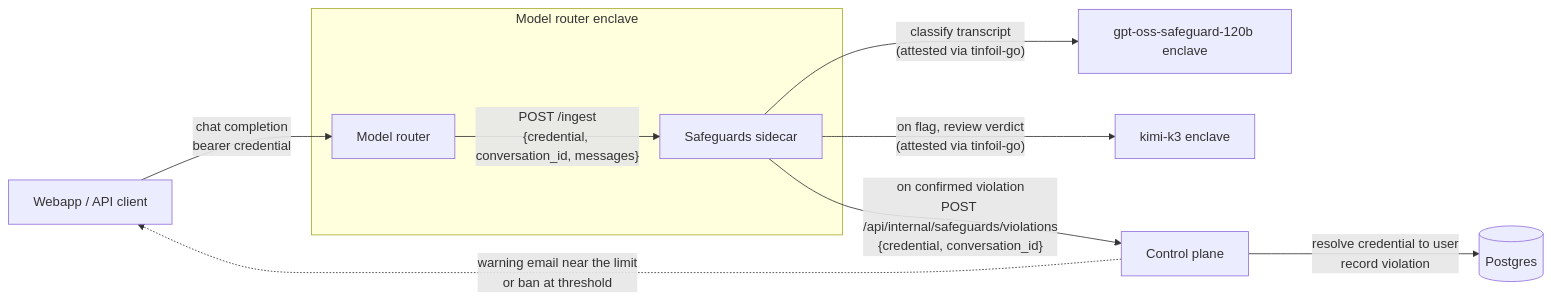
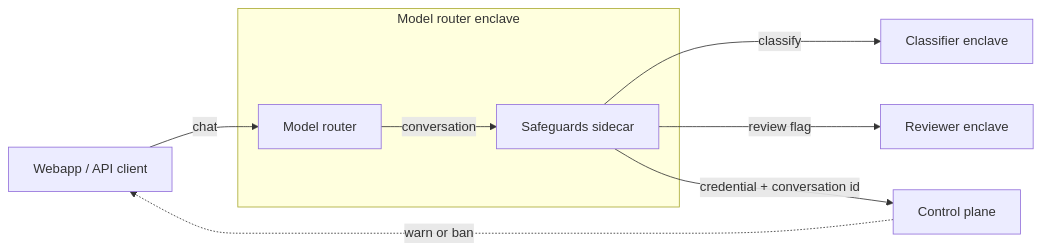
One commit to tinfoilsh/confidential-safeguards changed the diagram in README.md. Above: the diagram before and after it, drawn with Mermaid. The commit also changed other lines of this file, not shown here.

````diff
--- a/README.md
+++ b/README.md
@@ -14,22 +14,20 @@
 ```mermaid
 flowchart LR
     Webapp["Webapp / API client"]
 
     subgraph RouterEnclave["Model router enclave"]
         Router["Model router"]
         Sidecar["Safeguards sidecar"]
     end
 
-    Guard["gpt-oss-safeguard-120b enclave"]
-    Reviewer["kimi-k3 enclave"]
+    Guard["Classifier enclave"]
+    Reviewer["Reviewer enclave"]
     ControlPlane["Control plane"]
-    DB[("Postgres")]
 
-    Webapp -->|"chat completion<br/>bearer credential"| Router
-    Router -->|"POST /ingest<br/>{credential, conversation_id, messages}"| Sidecar
-    Sidecar -->|"classify transcript<br/>(attested via tinfoil-go)"| Guard
-    Sidecar -->|"on flag, review verdict<br/>(attested via tinfoil-go)"| Reviewer
-    Sidecar -->|"on confirmed violation<br/>POST /api/internal/safeguards/violations<br/>{credential, conversation_id}"| ControlPlane
-    ControlPlane -->|"resolve credential to user<br/>record violation"| DB
-    ControlPlane -.->|"warning email near the limit<br/>or ban at threshold"| Webapp
+    Webapp -->|"chat"| Router
+    Router -->|"conversation"| Sidecar
+    Sidecar -->|"classify"| Guard
+    Sidecar -->|"review flag"| Reviewer
+    Sidecar -->|"credential + conversation id"| ControlPlane
+    ControlPlane -.->|"warn or ban"| Webapp
 ```
````
